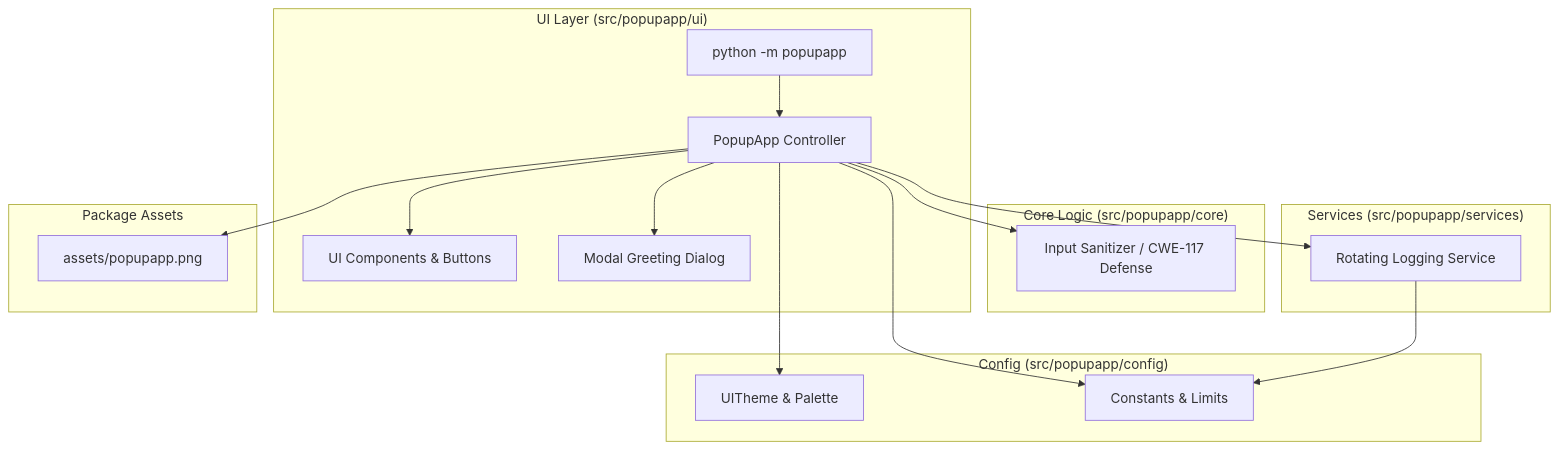
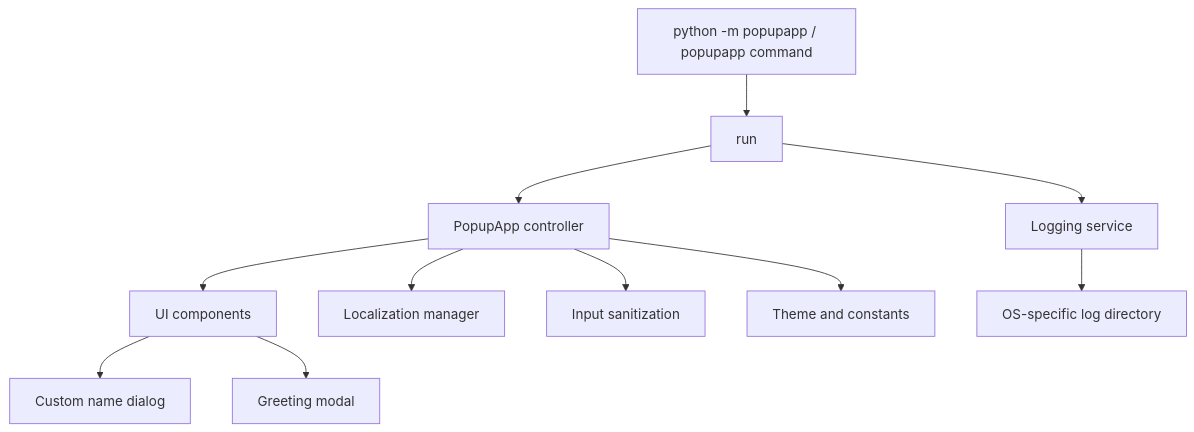
The diagram in docs/ARCHITECTURE.md (Sopwit/PopUp-App), drawn with Mermaid before and after one commit. The commit also changed other lines of this file and 12 other files, not shown here.

````diff
--- a/docs/ARCHITECTURE.md
+++ b/docs/ARCHITECTURE.md
@@ -7,32 +7,13 @@
 ```mermaid
 graph TD
-    subgraph UI Layer ["UI Layer (src/popupapp/ui)"]
-        Entry[python -m popupapp] --> App[PopupApp Controller]
-        App --> Components[UI Components & Buttons]
-        App --> Modal[Modal Greeting Dialog]
-    end
-
-    subgraph Core Domain ["Core Logic (src/popupapp/core)"]
-        Sanitizer[Input Sanitizer / CWE-117 Defense]
-    end
-
-    subgraph Infrastructure ["Services (src/popupapp/services)"]
-        LoggingService[Rotating Logging Service]
-    end
-
-    subgraph Configuration ["Config (src/popupapp/config)"]
-        Theme[UITheme & Palette]
-        Constants[Constants & Limits]
-    end
-
-    subgraph Assets ["Package Assets"]
-        Icon[assets/popupapp.png]
-    end
-
-    App --> Sanitizer
-    App --> LoggingService
-    App --> Theme
-    App --> Constants
-    App --> Icon
-    LoggingService --> Constants
+    Entry[python -m popupapp / popupapp command] --> Bootstrap[run]
+    Bootstrap --> Logger[Logging service]
+    Bootstrap --> App[PopupApp controller]
+    App --> UI[UI components]
+    App --> I18N[Localization manager]
+    App --> Sanitizer[Input sanitization]
+    App --> Theme[Theme and constants]
+    Logger --> PlatformPath[OS-specific log directory]
+    UI --> NameDialog[Custom name dialog]
+    UI --> GreetingModal[Greeting modal]
 ```
````
